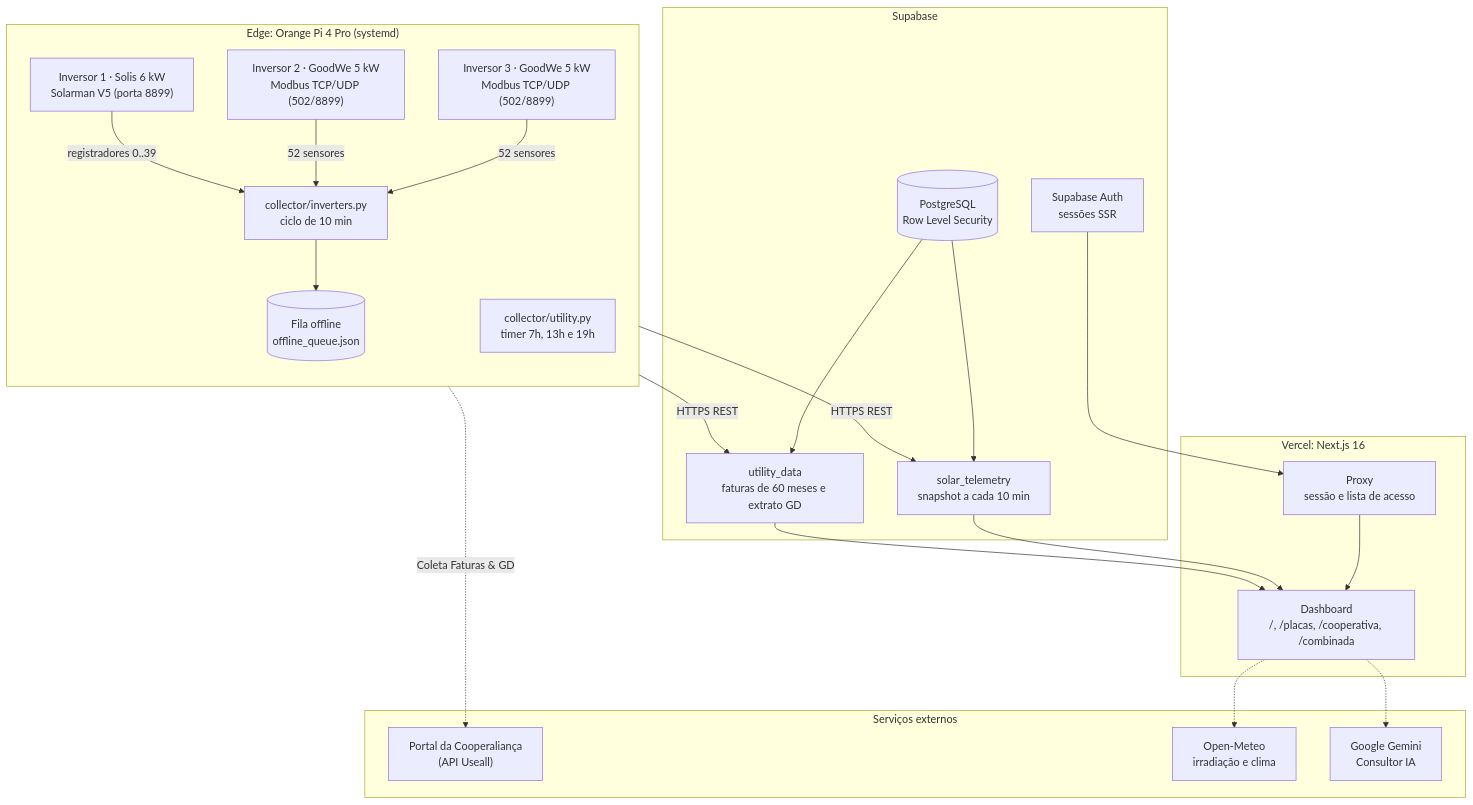
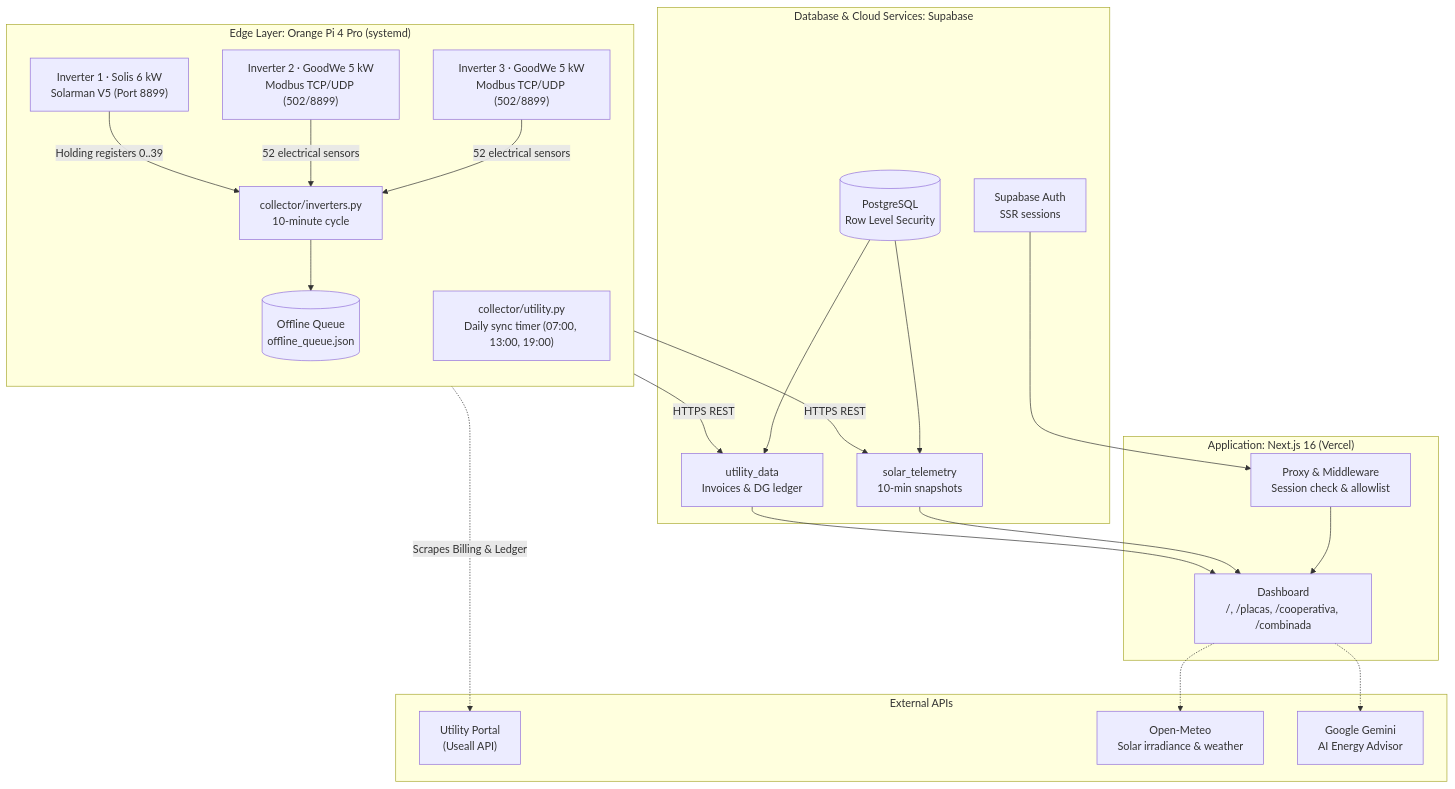
The diagram in README.md (DiegoHahn/Solar-hub), drawn with Mermaid before and after one commit. The commit also changed other lines of this file and 126 other files, not shown here.

````diff
--- a/README.md
+++ b/README.md
@@ -59,50 +60,50 @@
 ```mermaid
 flowchart TB
-    subgraph Edge["Edge: Orange Pi 4 Pro (systemd)"]
+    subgraph Edge["Edge Layer: Orange Pi 4 Pro (systemd)"]
         direction TB
-        INV1["Inversor 1 · Solis 6 kW\nSolarman V5 (porta 8899)"]
-        INV2["Inversor 2 · GoodWe 5 kW\nModbus TCP/UDP (502/8899)"]
-        INV3["Inversor 3 · GoodWe 5 kW\nModbus TCP/UDP (502/8899)"]
+        INV1["Inverter 1 · Solis 6 kW\nSolarman V5 (Port 8899)"]
+        INV2["Inverter 2 · GoodWe 5 kW\nModbus TCP/UDP (502/8899)"]
+        INV3["Inverter 3 · GoodWe 5 kW\nModbus TCP/UDP (502/8899)"]
 
-        COLLECTOR["collector/inverters.py\nciclo de 10 min"]
-        UTILITY["collector/utility.py\ntimer 7h, 13h e 19h"]
-        RETRY_QUEUE[("Fila offline\noffline_queue.json")]
+        COLLECTOR["collector/inverters.py\n10-minute cycle"]
+        UTILITY["collector/utility.py\nDaily sync timer (07:00, 13:00, 19:00)"]
+        RETRY_QUEUE[("Offline Queue\noffline_queue.json")]
 
-        INV1 -->|registradores 0..39| COLLECTOR
-        INV2 -->|52 sensores| COLLECTOR
-        INV3 -->|52 sensores| COLLECTOR
+        INV1 -->|Holding registers 0..39| COLLECTOR
+        INV2 -->|52 electrical sensors| COLLECTOR
+        INV3 -->|52 electrical sensors| COLLECTOR
 
         COLLECTOR --> RETRY_QUEUE
     end
 
-    subgraph Cloud["Supabase"]
+    subgraph Cloud["Database & Cloud Services: Supabase"]
         POSTGRES[("PostgreSQL\nRow Level Security")]
-        TABLE_TEL["solar_telemetry\nsnapshot a cada 10 min"]
-        TABLE_UTL["utility_data\nfaturas de 60 meses e extrato GD"]
-        AUTH["Supabase Auth\nsessões SSR"]
+        TABLE_TEL["solar_telemetry\n10-min snapshots"]
+        TABLE_UTL["utility_data\nInvoices & DG ledger"]
+        AUTH["Supabase Auth\nSSR sessions"]
 
         POSTGRES --> TABLE_TEL
         POSTGRES --> TABLE_UTL
     end
 
-    subgraph External["Serviços externos"]
-        COOP_API["Portal da Cooperaliança\n(API Useall)"]
-        OPEN_METEO["Open-Meteo\nirradiação e clima"]
-        GEMINI["Google Gemini\nConsultor IA"]
+    subgraph External["External APIs"]
+        COOP_API["Utility Portal\n(Useall API)"]
+        OPEN_METEO["Open-Meteo\nSolar irradiance & weather"]
+        GEMINI["Google Gemini\nAI Energy Advisor"]
     end
 
-    subgraph Frontend["Vercel: Next.js 16"]
+    subgraph Frontend["Application: Next.js 16 (Vercel)"]
         DASH["Dashboard\n/, /placas, /cooperativa, /combinada"]
-        PROXY["Proxy\nsessão e lista de acesso"]
+        PROXY["Proxy & Middleware\nSession check & allowlist"]
     end
 
     COLLECTOR -->|HTTPS REST| TABLE_TEL
     UTILITY -->|HTTPS REST| TABLE_UTL
-    UTILITY -.->|Coleta Faturas & GD| COOP_API
+    UTILITY -.->|Scrapes Billing & Ledger| COOP_API
     DASH -.-> OPEN_METEO
     DASH -.-> GEMINI
     PROXY --> DASH
     AUTH --> PROXY
     TABLE_TEL --> DASH
     TABLE_UTL --> DASH
 ```
````
